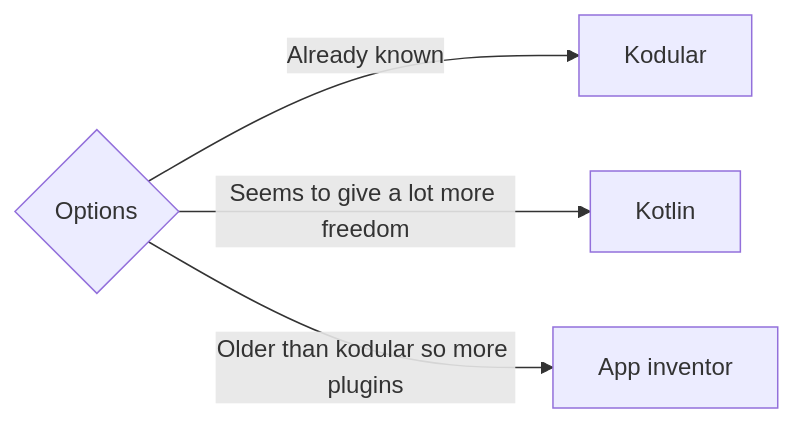
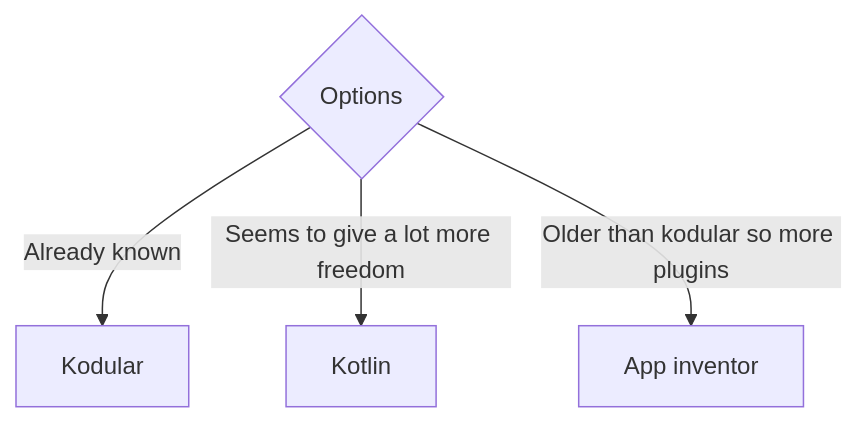
One commit to thiago-o-dev/Mathrizes changed the diagram in README.md. Above: the diagram before and after it, drawn with Mermaid.

Commit message:
fix flowchart4

````diff
--- a/README.md
+++ b/README.md
@@ -7,7 +7,7 @@
 ```mermaid
-flowchart LR
+flowchart TD
 
 A{Options} -->|Already known| B[Kodular]
 A -->|Seems to give a lot more freedom| C[Kotlin]
 A -->|Older than kodular so more plugins| D[App inventor]
 ```
````
